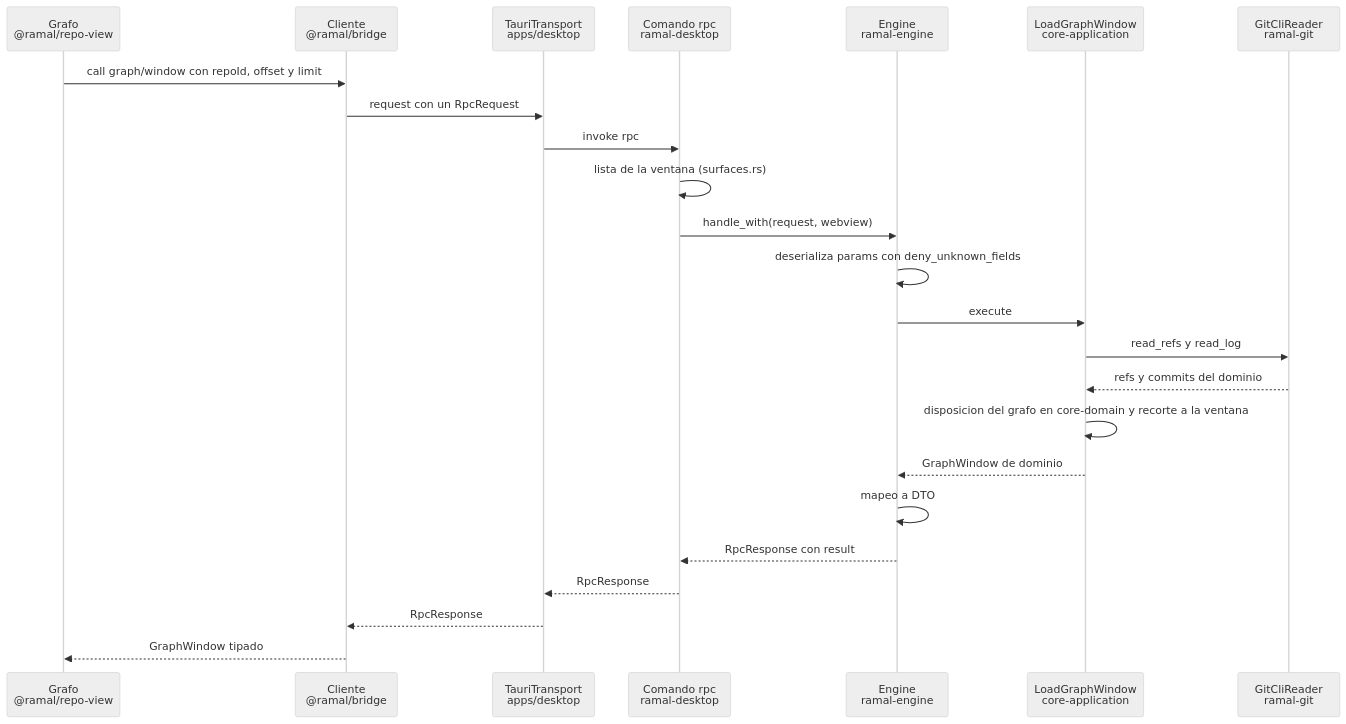
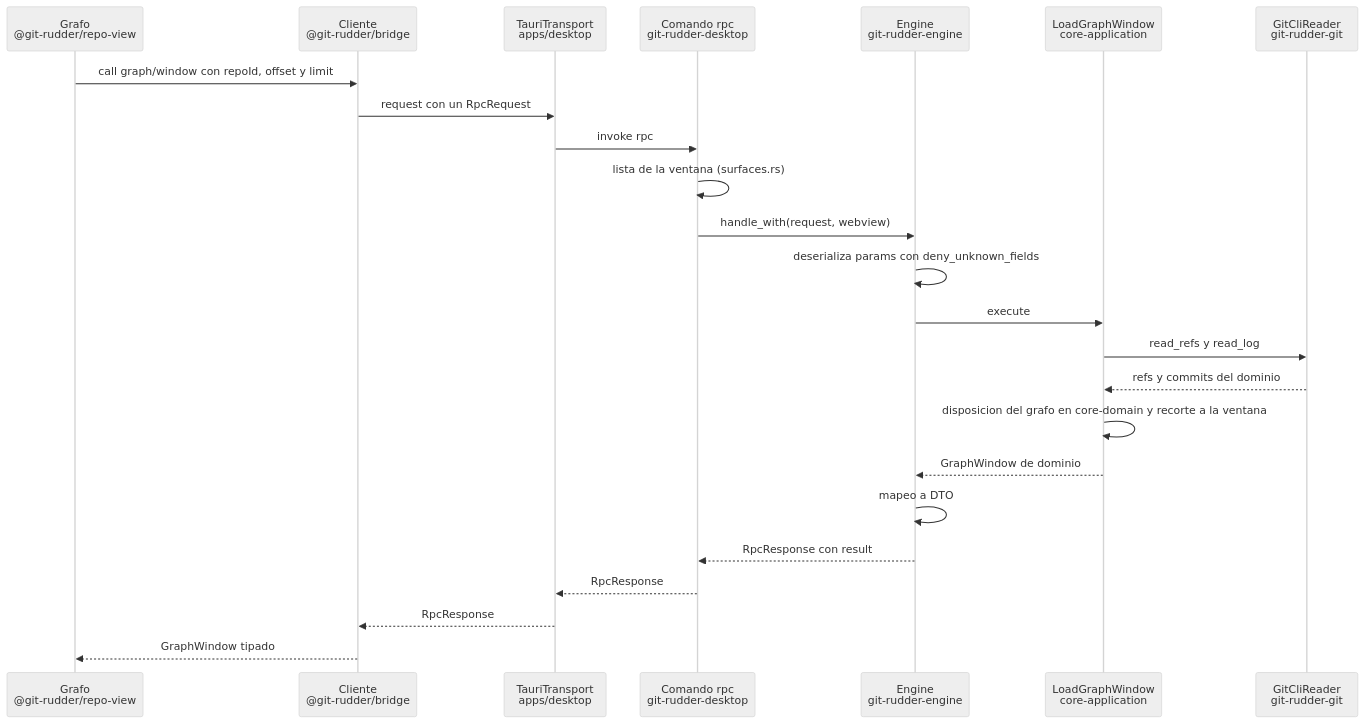
The third of 6 diagrams in docs/architecture.md (eabl0306/ramal), drawn with Mermaid (neutral theme) before and after one commit. The commit also changed other lines of this file and 524 other files, not shown here.

First line of the commit message:
refactor(repo): renombrar el producto a Git Rudder

````diff
--- a/docs/architecture.md
+++ b/docs/architecture.md
@@ -1056,26 +1056,26 @@
 ```mermaid
 sequenceDiagram
-    participant C as Grafo<br/>@ramal/repo-view
-    participant B as Cliente<br/>@ramal/bridge
+    participant C as Grafo<br/>@git-rudder/repo-view
+    participant B as Cliente<br/>@git-rudder/bridge
     participant T as TauriTransport<br/>apps/desktop
-    participant H as Comando rpc<br/>ramal-desktop
-    participant E as Engine<br/>ramal-engine
+    participant H as Comando rpc<br/>git-rudder-desktop
+    participant E as Engine<br/>git-rudder-engine
     participant U as LoadGraphWindow<br/>core-application
-    participant G as GitCliReader<br/>ramal-git
+    participant G as GitCliReader<br/>git-rudder-git
     C->>B: call graph/window con repoId, offset y limit
     B->>T: request con un RpcRequest
     T->>H: invoke rpc
     H->>H: lista de la ventana (surfaces.rs)
     H->>E: handle_with(request, webview)
     E->>E: deserializa params con deny_unknown_fields
     E->>U: execute
     U->>G: read_refs y read_log
     G-->>U: refs y commits del dominio
     U->>U: disposicion del grafo en core-domain y recorte a la ventana
     U-->>E: GraphWindow de dominio
     E->>E: mapeo a DTO
     E-->>H: RpcResponse con result
     H-->>T: RpcResponse
     T-->>B: RpcResponse
     B-->>C: GraphWindow tipado
 ```
````
